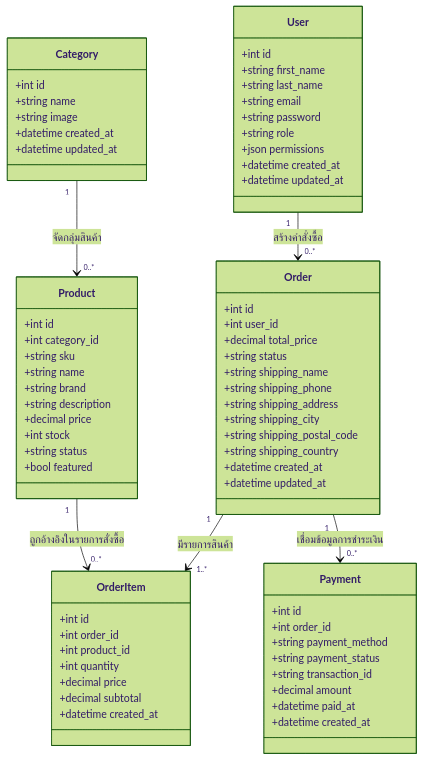
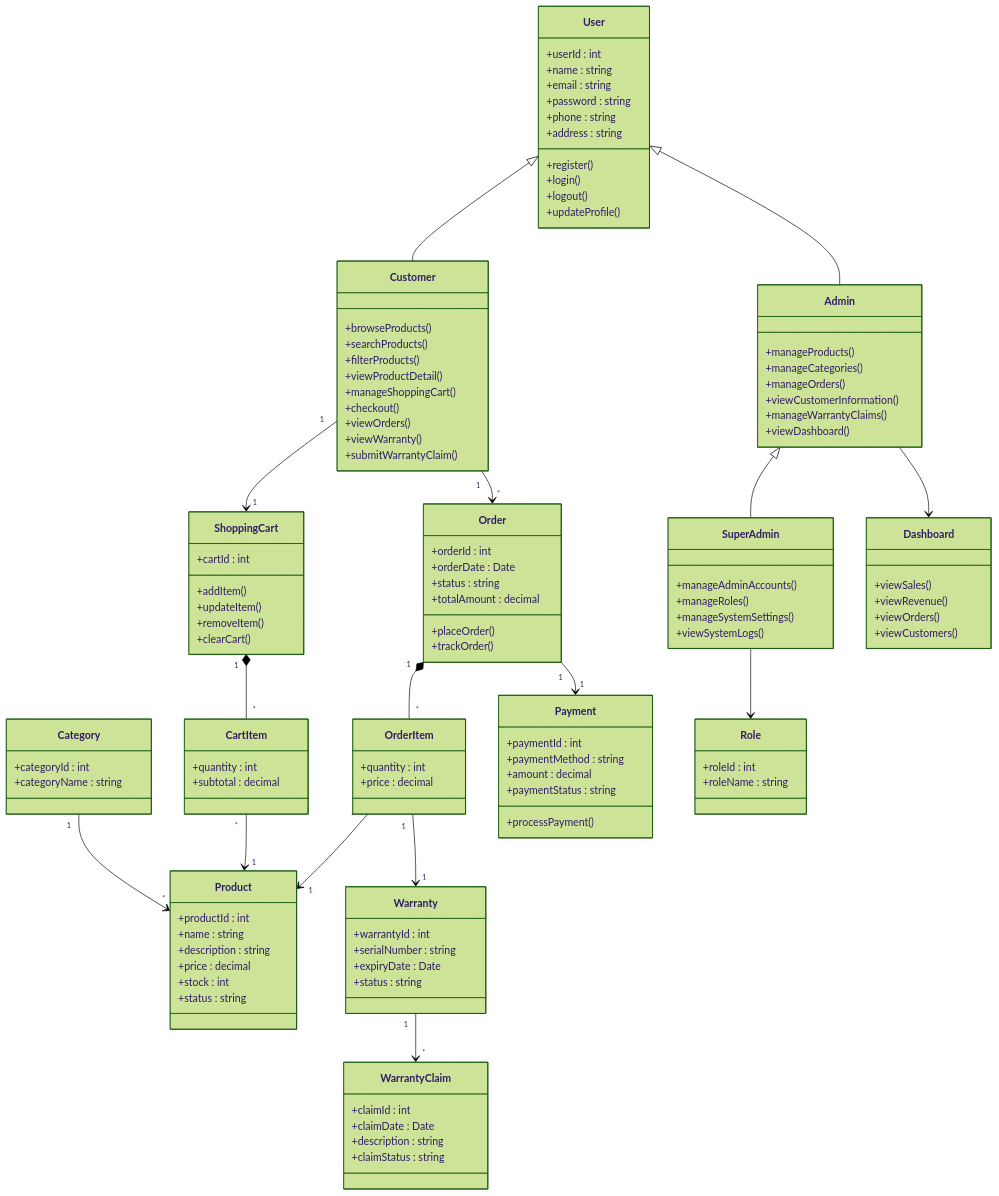
Before and after one commit to Best-Boun/workshop: the second of 3 diagrams in README.md, drawn with Mermaid (forest theme). The commit also changed other lines of this file and 1 other file, not shown here.

````diff
--- a/README.md
+++ b/README.md
@@ -194,77 +194,230 @@
 ```mermaid
 classDiagram
-  class User {
-    +int id
-    +string first_name
-    +string last_name
-    +string email
-    +string password
-    +string role
-    +json permissions
-    +datetime created_at
-    +datetime updated_at
-  }
 
-  class Category {
-    +int id
-    +string name
-    +string image
-    +datetime created_at
-    +datetime updated_at
-  }
+%% =================================
+%% USER
+%% =================================
 
-  class Product {
-    +int id
-    +int category_id
-    +string sku
-    +string name
-    +string brand
-    +string description
-    +decimal price
-    +int stock
-    +string status
-    +bool featured
-  }
+class User{
++userId : int
++name : string
++email : string
++password : string
++phone : string
++address : string
 
-  class Order {
-    +int id
-    +int user_id
-    +decimal total_price
-    +string status
-    +string shipping_name
-    +string shipping_phone
-    +string shipping_address
-    +string shipping_city
-    +string shipping_postal_code
-    +string shipping_country
-    +datetime created_at
-    +datetime updated_at
-  }
++register()
++login()
++logout()
++updateProfile()
+}
 
-  class OrderItem {
-    +int id
-    +int order_id
-    +int product_id
-    +int quantity
-    +decimal price
-    +decimal subtotal
-    +datetime created_at
-  }
+class Customer{
++browseProducts()
++searchProducts()
++filterProducts()
++viewProductDetail()
 
-  class Payment {
-    +int id
-    +int order_id
-    +string payment_method
-    +string payment_status
-    +string transaction_id
-    +decimal amount
-    +datetime paid_at
-    +datetime created_at
-  }
++manageShoppingCart()
 
-  User "1" --> "0..*" Order : สร้างคำสั่งซื้อ
-  Category "1" --> "0..*" Product : จัดกลุ่มสินค้า
-  Order "1" --> "1..*" OrderItem : มีรายการสินค้า
-  Product "1" --> "0..*" OrderItem : ถูกอ้างอิงในรายการสั่งซื้อ
-  Order "1" --> "0..*" Payment : เชื่อมข้อมูลการชำระเงิน
++checkout()
++viewOrders()
+
++viewWarranty()
++submitWarrantyClaim()
+}
+
+class Admin{
++manageProducts()
++manageCategories()
++manageOrders()
++viewCustomerInformation()
++manageWarrantyClaims()
++viewDashboard()
+}
+
+class SuperAdmin{
++manageAdminAccounts()
++manageRoles()
++manageSystemSettings()
++viewSystemLogs()
+}
+
+User <|-- Customer
+User <|-- Admin
+Admin <|-- SuperAdmin
+
+%% =================================
+%% PRODUCT
+%% =================================
+
+class Product{
+
++productId : int
++name : string
++description : string
++price : decimal
++stock : int
++status : string
+
+}
+
+class Category{
+
++categoryId : int
++categoryName : string
+
+}
+
+Category "1" --> "*" Product
+
+%% =================================
+%% SHOPPING CART
+%% =================================
+
+class ShoppingCart{
+
++cartId : int
+
++addItem()
+
++updateItem()
+
++removeItem()
+
++clearCart()
+
+}
+
+class CartItem{
+
++quantity : int
+
++subtotal : decimal
+
+}
+
+Customer "1" --> "1" ShoppingCart
+
+ShoppingCart "1" *-- "*" CartItem
+
+CartItem "*" --> "1" Product
+
+%% =================================
+%% ORDER
+%% =================================
+
+class Order{
+
++orderId : int
+
++orderDate : Date
+
++status : string
+
++totalAmount : decimal
+
++placeOrder()
+
++trackOrder()
+
+}
+
+class OrderItem{
+
++quantity : int
+
++price : decimal
+
+}
+
+Customer "1" --> "*" Order
+
+Order "1" *-- "*" OrderItem
+
+OrderItem "*" --> "1" Product
+
+%% =================================
+%% PAYMENT
+%% =================================
+
+class Payment{
+
++paymentId : int
+
++paymentMethod : string
+
++amount : decimal
+
++paymentStatus : string
+
++processPayment()
+
+}
+
+Order "1" --> "1" Payment
+
+%% =================================
+%% WARRANTY
+%% =================================
+
+class Warranty{
+
++warrantyId : int
+
++serialNumber : string
+
++expiryDate : Date
+
++status : string
+
+}
+
+class WarrantyClaim{
+
++claimId : int
+
++claimDate : Date
+
++description : string
+
++claimStatus : string
+
+}
+
+OrderItem "1" --> "1" Warranty
+
+Warranty "1" --> "*" WarrantyClaim
+
+%% =================================
+%% DASHBOARD
+%% =================================
+
+class Dashboard{
+
++viewSales()
+
++viewRevenue()
+
++viewOrders()
+
++viewCustomers()
+
+}
+
+Admin --> Dashboard
+
+%% =================================
+%% ROLE
+%% =================================
+
+class Role{
+
++roleId : int
+
++roleName : string
+
+}
+
+SuperAdmin --> Role
 ```
````
